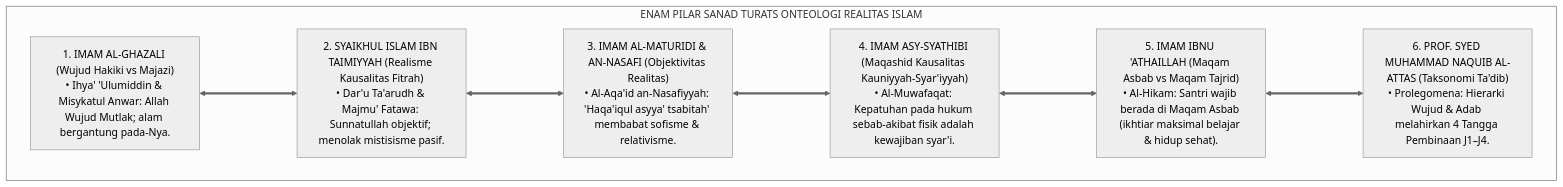
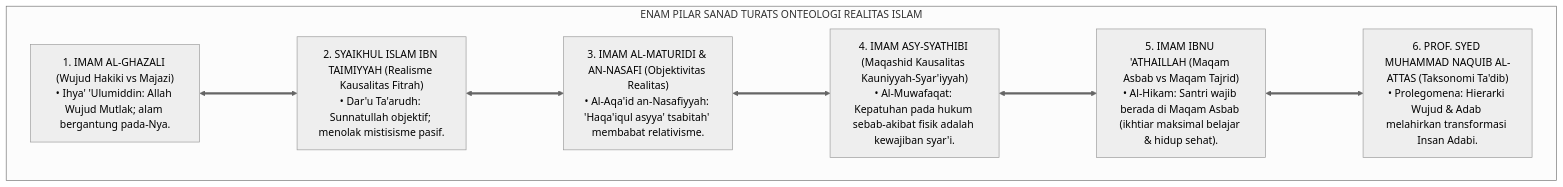
Before and after one commit to wandiapriliyandi/tumbuh: the second of 4 diagrams in 01 Philosophy/01 Worldview/01 Hakikat Realitas/P1-01-01-04-Validasi-Turats.md, drawn with Mermaid (neutral theme). The commit also changed other lines of this file and 8 other files, not shown here.

````diff
--- a/01 Philosophy/01 Worldview/01 Hakikat Realitas/P1-01-01-04-Validasi-Turats.md
+++ b/01 Philosophy/01 Worldview/01 Hakikat Realitas/P1-01-01-04-Validasi-Turats.md
@@ -71,19 +71,19 @@
 ```mermaid
 flowchart TD
     subgraph EnamPilarTuratsRealitas["ENAM PILAR SANAD TURATS ONTEOLOGI REALITAS ISLAM"]
         
-        T1["1. IMAM AL-GHAZALI (Wujud Hakiki vs Majazi)<br/>• Ihya' 'Ulumiddin & Misykatul Anwar: Allah Wujud Mutlak; alam bergantung pada-Nya."]
+        T1["1. IMAM AL-GHAZALI (Wujud Hakiki vs Majazi)<br/>• Ihya' 'Ulumiddin: Allah Wujud Mutlak; alam bergantung pada-Nya."]
         
-        T2["2. SYAIKHUL ISLAM IBN TAIMIYYAH (Realisme Kausalitas Fitrah)<br/>• Dar'u Ta'arudh & Majmu' Fatawa: Sunnatullah objektif; menolak mistisisme pasif."]
+        T2["2. SYAIKHUL ISLAM IBN TAIMIYYAH (Realisme Kausalitas Fitrah)<br/>• Dar'u Ta'arudh: Sunnatullah objektif; menolak mistisisme pasif."]
         
-        T3["3. IMAM AL-MATURIDI & AN-NASAFI (Objektivitas Realitas)<br/>• Al-Aqa'id an-Nasafiyyah: 'Haqa'iqul asyya' tsabitah' membabat sofisme & relativisme."]
+        T3["3. IMAM AL-MATURIDI & AN-NASAFI (Objektivitas Realitas)<br/>• Al-Aqa'id an-Nasafiyyah: 'Haqa'iqul asyya' tsabitah' membabat relativisme."]
         
         T4["4. IMAM ASY-SYATHIBI (Maqashid Kausalitas Kauniyyah-Syar'iyyah)<br/>• Al-Muwafaqat: Kepatuhan pada hukum sebab-akibat fisik adalah kewajiban syar'i."]
         
         T5["5. IMAM IBNU 'ATHAILLAH (Maqam Asbab vs Maqam Tajrid)<br/>• Al-Hikam: Santri wajib berada di Maqam Asbab (ikhtiar maksimal belajar & hidup sehat)."]
         
-        T6["6. PROF. SYED MUHAMMAD NAQUIB AL-ATTAS (Taksonomi Ta'dib)<br/>• Prolegomena: Hierarki Wujud & Adab melahirkan 4 Tangga Pembinaan J1–J4."]
+        T6["6. PROF. SYED MUHAMMAD NAQUIB AL-ATTAS (Taksonomi Ta'dib)<br/>• Prolegomena: Hierarki Wujud & Adab melahirkan transformasi Insan Adabi."]
         
         T1 <===> T2 <===> T3 <===> T4 <===> T5 <===> T6
     end
 ```
````
